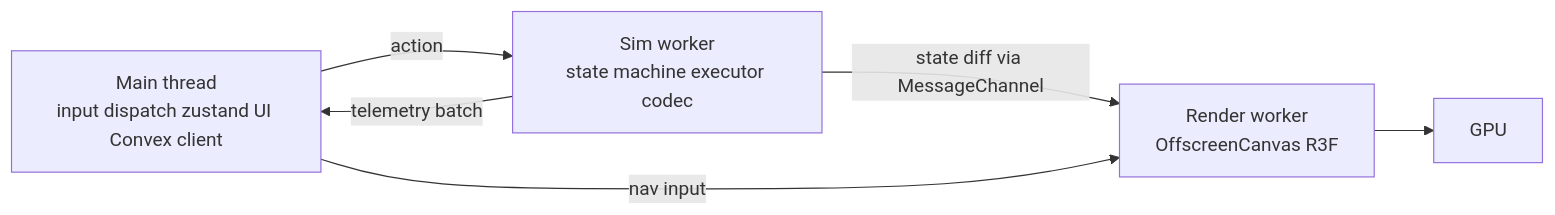
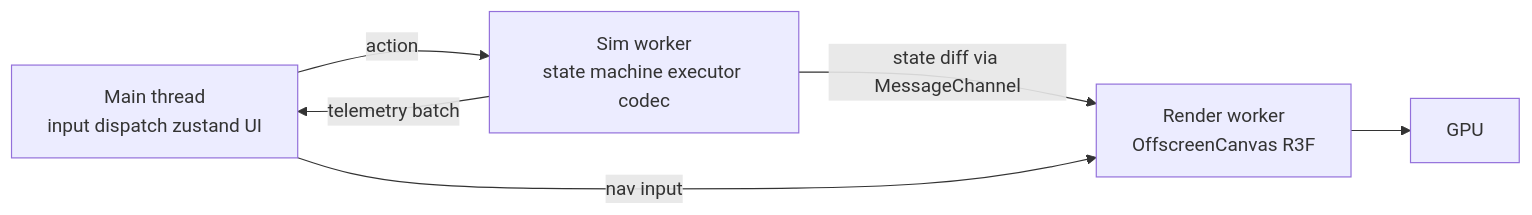
Before and after one commit to 1qh/sim-doc: the first of 5 diagrams in CONCURRENCY.md, drawn with Mermaid. The commit also changed other lines of this file and 70 other files, not shown here.

````diff
--- a/CONCURRENCY.md
+++ b/CONCURRENCY.md
@@ -21,8 +21,8 @@
 ```mermaid
 flowchart LR
-    Main[Main thread<br/>input dispatch zustand UI Convex client] -->|action| SimWorker[Sim worker<br/>state machine executor codec]
+    Main[Main thread<br/>input dispatch zustand UI] -->|action| SimWorker[Sim worker<br/>state machine executor codec]
     SimWorker -->|state diff via MessageChannel| RenderWorker[Render worker<br/>OffscreenCanvas R3F]
     RenderWorker --> GPU[GPU]
     SimWorker -->|telemetry batch| Main
     Main -->|nav input| RenderWorker
 ```
````
